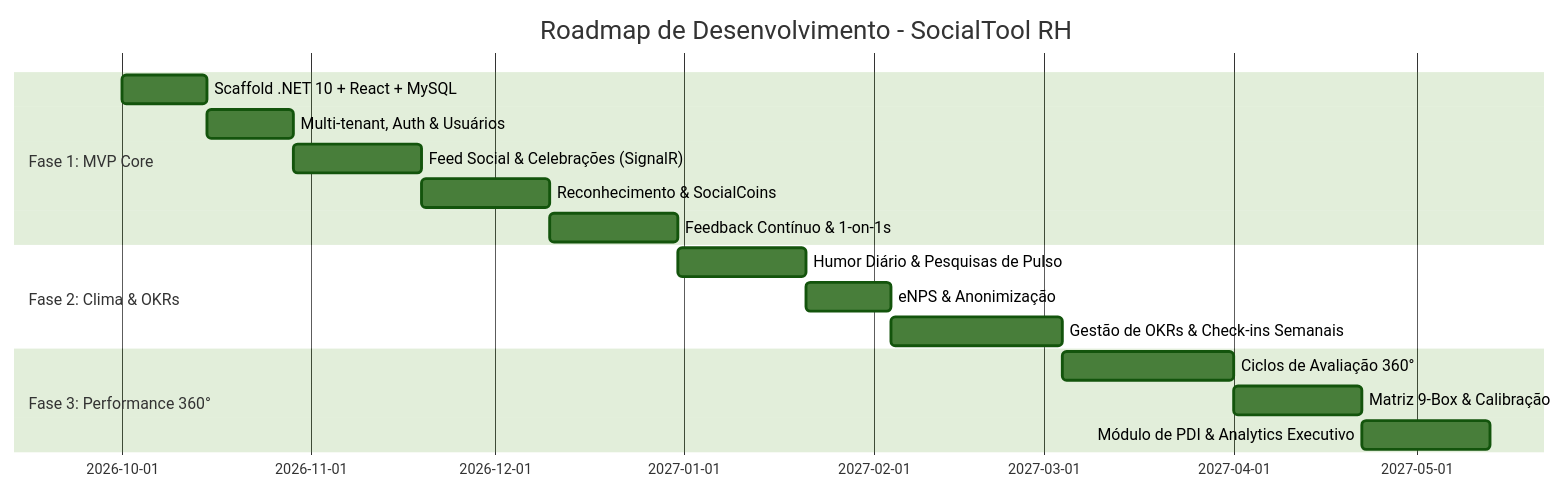
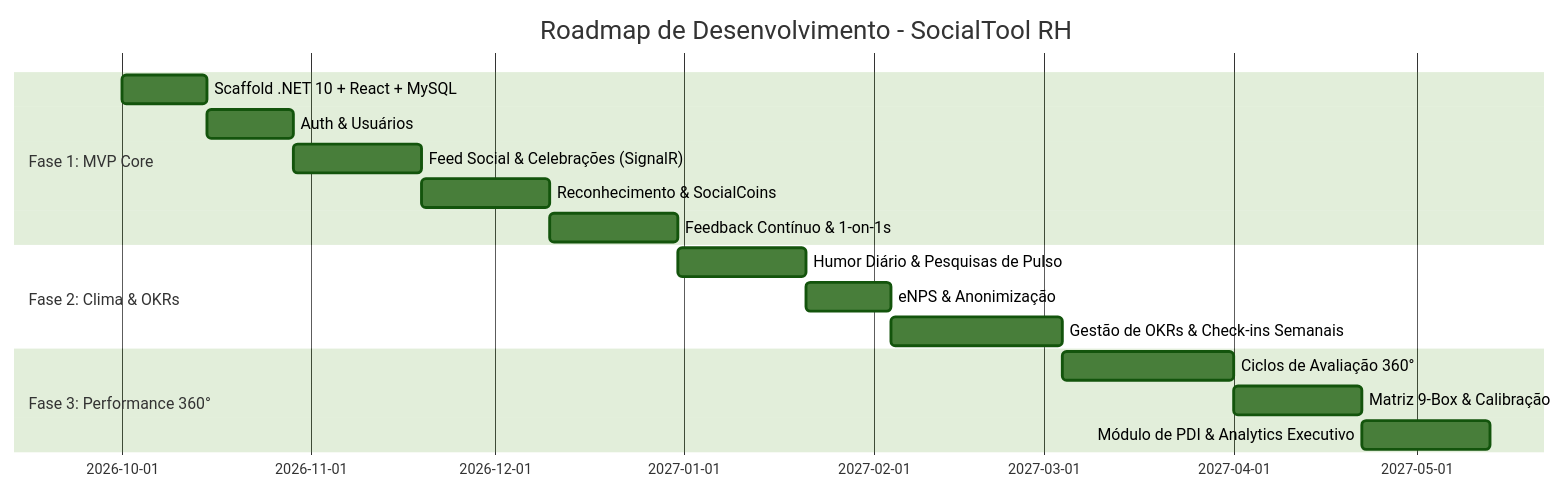
Before and after one commit to pacmanalx/socialtool-rh: the diagram in docs/06-roadmap-implementacao.md, drawn with Mermaid (forest theme). The commit also changed other lines of this file and 71 other files, not shown here.

````diff
--- a/docs/06-roadmap-implementacao.md
+++ b/docs/06-roadmap-implementacao.md
@@ -7,19 +7,19 @@
 ```mermaid
 gantt
     title Roadmap de Desenvolvimento - SocialTool RH
     dateFormat  YYYY-MM-DD
     section Fase 1: MVP Core
     Scaffold .NET 10 + React + MySQL   :a1, 2026-10-01, 14d
-    Multi-tenant, Auth & Usuários       :a2, after a1, 14d
+    Auth & Usuários                     :a2, after a1, 14d
     Feed Social & Celebrações (SignalR) :a3, after a2, 21d
     Reconhecimento & SocialCoins        :a4, after a3, 21d
     Feedback Contínuo & 1-on-1s         :a5, after a4, 21d
     section Fase 2: Clima & OKRs
     Humor Diário & Pesquisas de Pulso  :b1, after a5, 21d
     eNPS & Anonimização                :b2, after b1, 14d
     Gestão de OKRs & Check-ins Semanais :b3, after b2, 28d
     section Fase 3: Performance 360°
     Ciclos de Avaliação 360°           :c1, after b3, 28d
     Matriz 9-Box & Calibração          :c2, after c1, 21d
     Módulo de PDI & Analytics Executivo :c3, after c2, 21d
 ```
````
